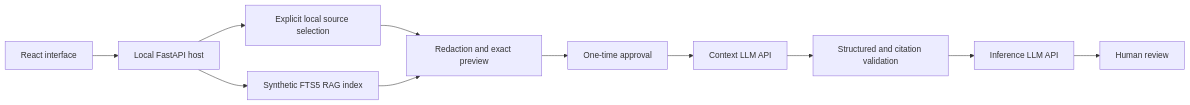
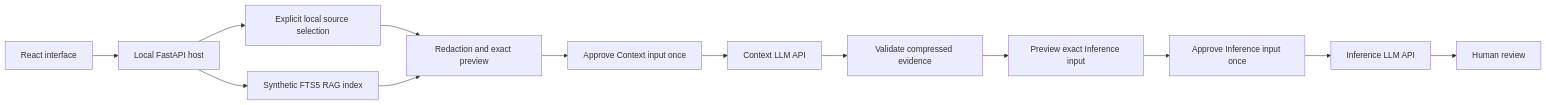
The first of 3 diagrams in README.md (O-u-i/FRAG-harness), drawn with Mermaid before and after one commit. The commit also changed other lines of this file and 25 other files, not shown here.

````diff
--- a/README.md
+++ b/README.md
@@ -9,13 +9,15 @@
 ```mermaid
 flowchart LR
     Browser[React interface] --> API[Local FastAPI host]
     API --> Sources[Explicit local source selection]
     API --> Index[Synthetic FTS5 RAG index]
     Sources --> Preview[Redaction and exact preview]
     Index --> Preview
-    Preview --> Approval[One-time approval]
+    Preview --> Approval[Approve Context input once]
     Approval --> Context[Context LLM API]
-    Context --> Validation[Structured and citation validation]
-    Validation --> Inference[Inference LLM API]
+    Context --> Validation[Validate compressed evidence]
+    Validation --> SecondPreview[Preview exact Inference input]
+    SecondPreview --> SecondApproval[Approve Inference input once]
+    SecondApproval --> Inference[Inference LLM API]
     Inference --> Review[Human review]
 ```
````
